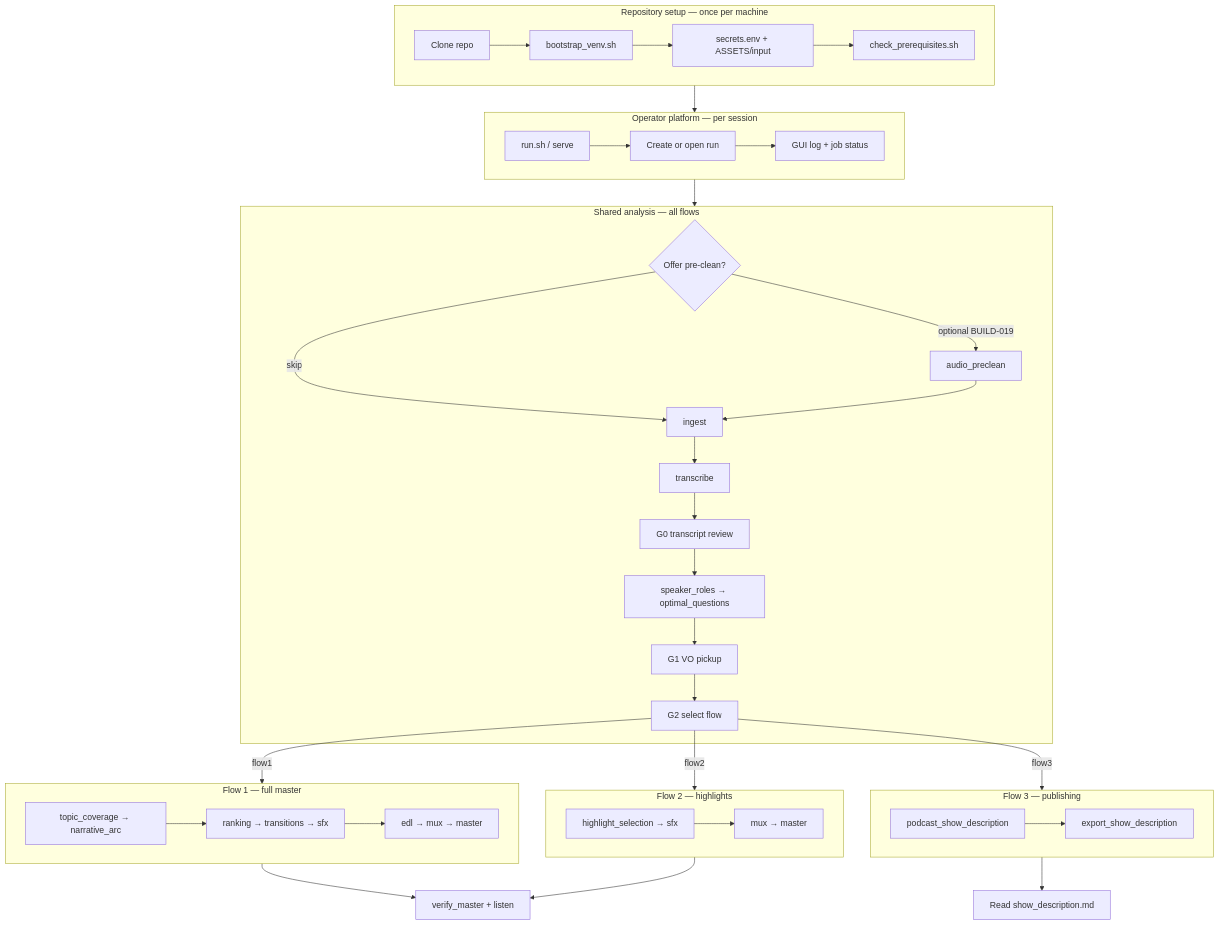
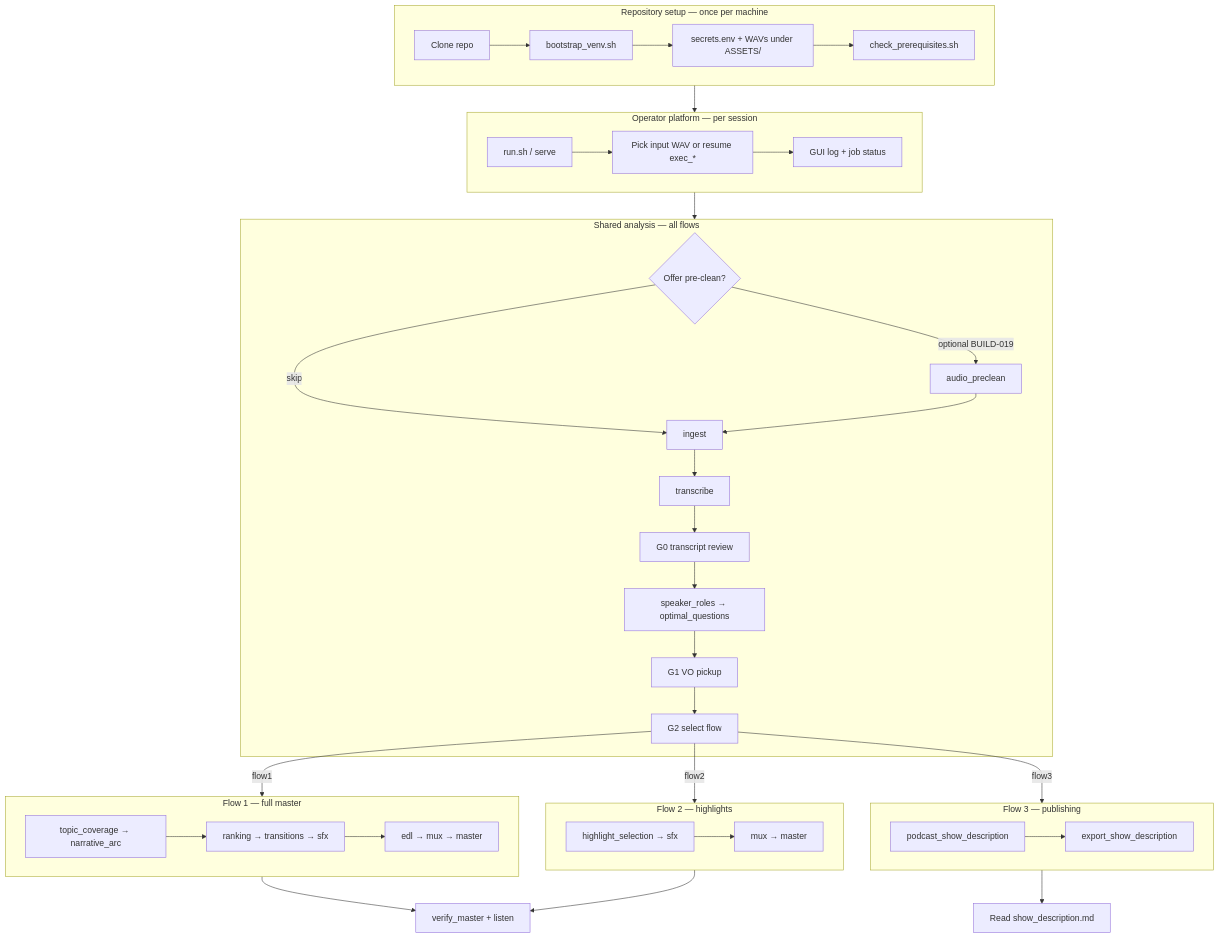
The diagram in docs/build-out/full-application-flow.md (NicketUttarwar/interview_helper_mux), drawn with Mermaid before and after one commit. The commit also changed other lines of this file and 102 other files, not shown here.

````diff
--- a/docs/build-out/full-application-flow.md
+++ b/docs/build-out/full-application-flow.md
@@ -9,57 +9,57 @@
 ```mermaid
 flowchart TB
   subgraph setup [Repository setup — once per machine]
     S1[Clone repo]
     S2[bootstrap_venv.sh]
-    S3[secrets.env + ASSETS/input]
+    S3[secrets.env + WAVs under ASSETS/]
     S4[check_prerequisites.sh]
     S1 --> S2 --> S3 --> S4
   end
 
   subgraph platform [Operator platform — per session]
     P1[run.sh / serve]
-    P2[Create or open run]
+    P2[Pick input WAV or resume exec_*]
     P3[GUI log + job status]
     P1 --> P2 --> P3
   end
 
   subgraph shared [Shared analysis — all flows]
     A0{Offer pre-clean?}
     A0 -->|optional BUILD-019| A0b[audio_preclean]
     A0 -->|skip| A1[ingest]
     A0b --> A1
     A1 --> A2[transcribe]
     A2 --> G0[G0 transcript review]
     G0 --> A3[speaker_roles → optimal_questions]
     A3 --> G1[G1 VO pickup]
     G1 --> G2[G2 select flow]
   end
 
   subgraph f1 [Flow 1 — full master]
     F1a[topic_coverage → narrative_arc]
     F1b[ranking → transitions → sfx]
     F1c[edl → mux → master]
     F1a --> F1b --> F1c
   end
 
   subgraph f2 [Flow 2 — highlights]
     F2a[highlight_selection → sfx]
     F2b[mux → master]
     F2a --> F2b
   end
 
   subgraph f3 [Flow 3 — publishing]
     F3a[podcast_show_description]
     F3b[export_show_description]
     F3a --> F3b
   end
 
   setup --> platform
   platform --> shared
   G2 -->|flow1| f1
   G2 -->|flow2| f2
   G2 -->|flow3| f3
   f1 --> QA[verify_master + listen]
   f2 --> QA
   f3 --> TXT[Read show_description.md]
 ```
````
